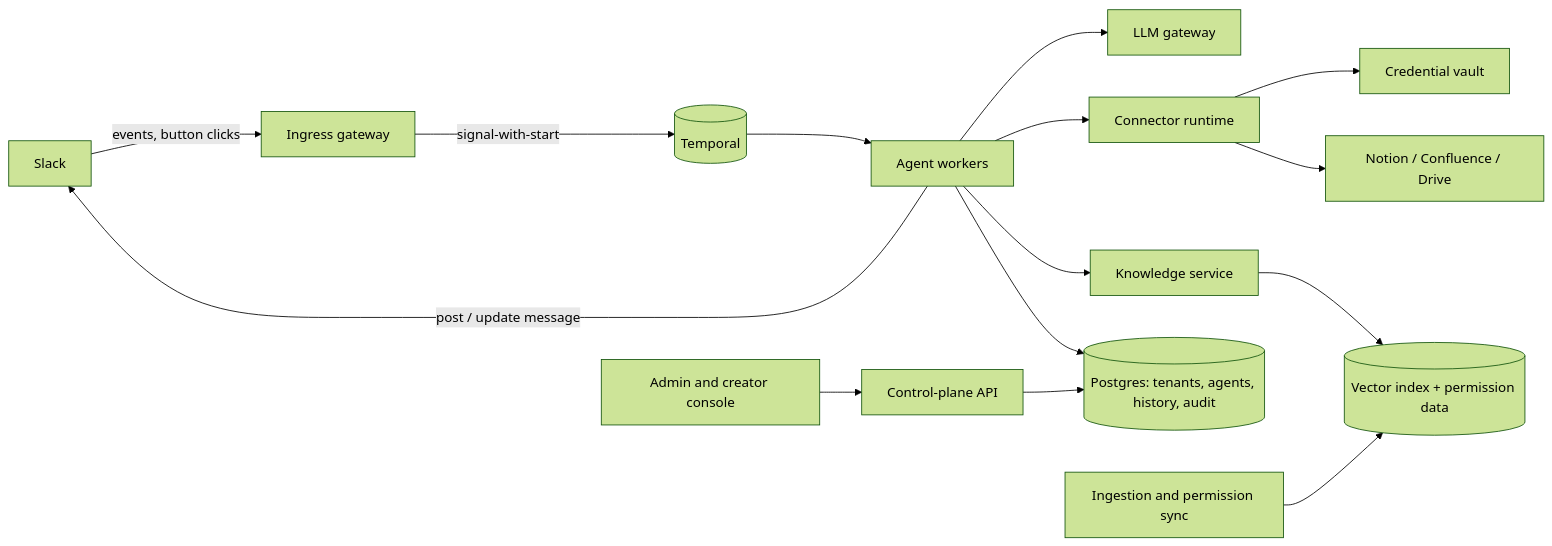
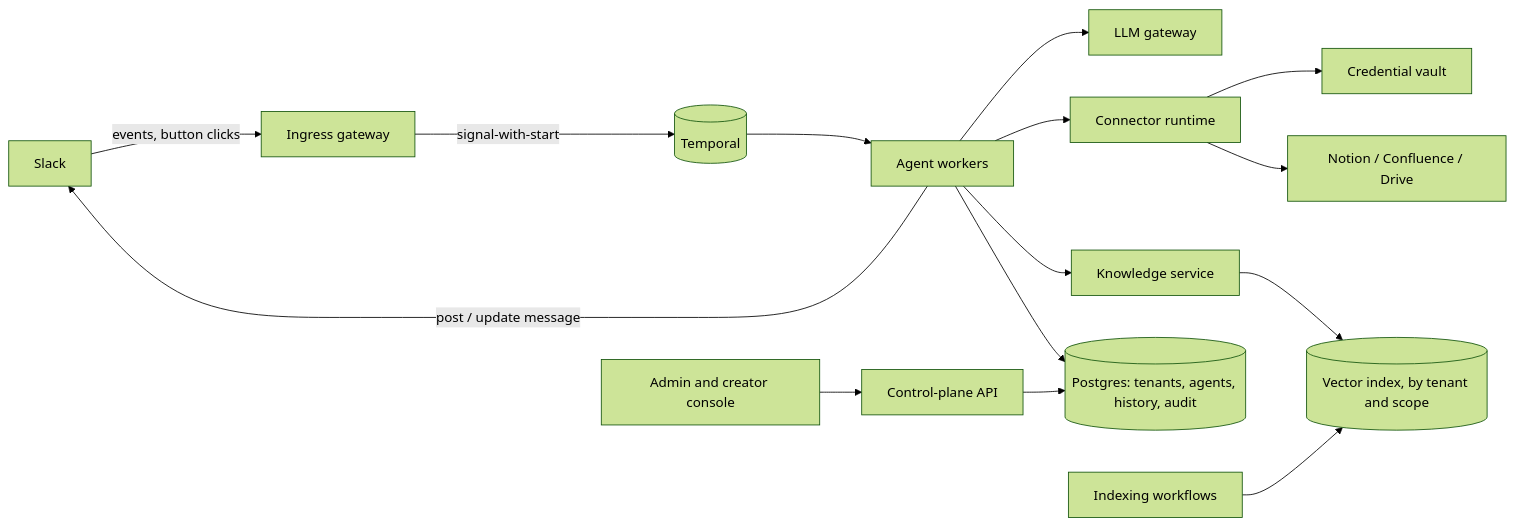
The first of 2 diagrams in docs/architecture.md (itsbryanlai/agent-architecture), drawn with Mermaid (forest theme) before and after one commit. The commit also changed other lines of this file, not shown here.

````diff
--- a/docs/architecture.md
+++ b/docs/architecture.md
@@ -9,16 +9,16 @@
 ```mermaid
 flowchart LR
   Slack[Slack] -->|events, button clicks| GW[Ingress gateway]
   GW -->|signal-with-start| T[(Temporal)]
   T --> W[Agent workers]
   W --> LLM[LLM gateway]
   W --> CX[Connector runtime]
   CX --> V[Credential vault]
   CX --> SaaS[Notion / Confluence / Drive]
   W --> KB[Knowledge service]
-  KB --> VDB[(Vector index + permission data)]
+  KB --> VDB[(Vector index, by tenant and scope)]
   W --> DB[(Postgres: tenants, agents, history, audit)]
   W -->|post / update message| Slack
   Admin[Admin and creator console] --> API[Control-plane API] --> DB
-  Sync[Ingestion and permission sync] --> VDB
+  Sync[Indexing workflows] --> VDB
 ```
````
